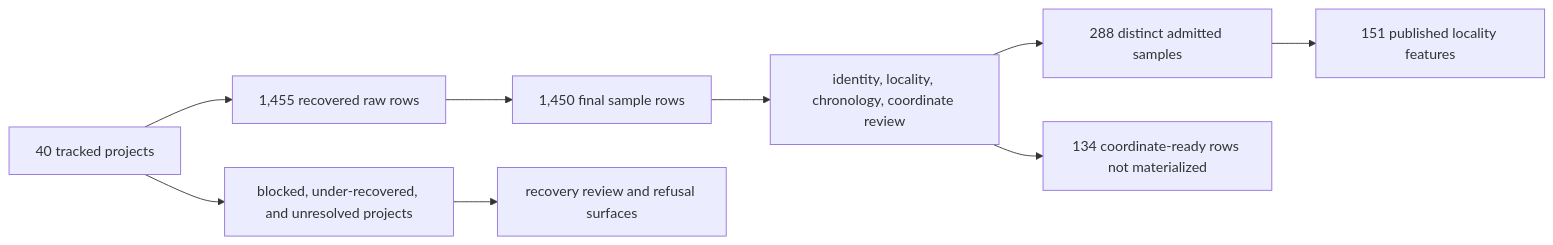
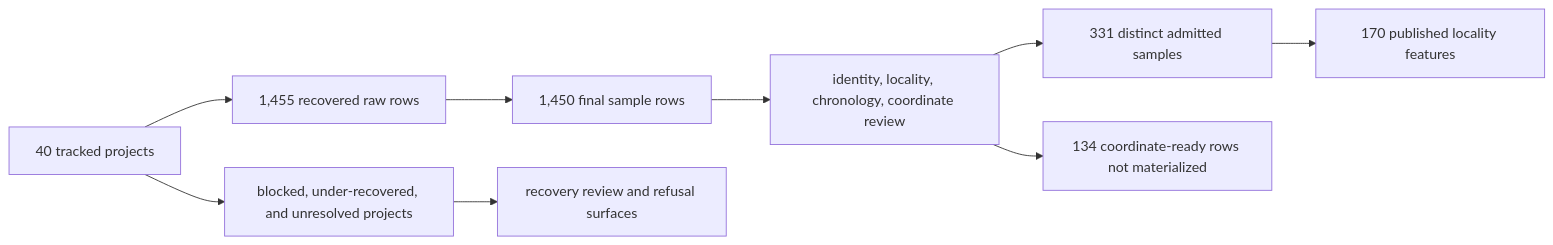
One commit to bijux/bijux-pollenomics changed the third of 4 diagrams in docs/public/pollenomics-data/overview/animal-ancient-dna-evidence.md. Above: the diagram before and after it, drawn with Mermaid. The commit also changed other lines of this file and 23 other files, not shown here.

````diff
--- a/docs/public/pollenomics-data/overview/animal-ancient-dna-evidence.md
+++ b/docs/public/pollenomics-data/overview/animal-ancient-dna-evidence.md
@@ -130,11 +130,11 @@
 ```mermaid
 flowchart LR
     Inventory["40 tracked projects"] --> Recovery["1,455 recovered raw rows"]
     Recovery --> Foundation["1,450 final sample rows"]
     Foundation --> Review["identity, locality, chronology, coordinate review"]
-    Review --> Samples["288 distinct admitted samples"]
-    Samples --> Points["151 published locality features"]
+    Review --> Samples["331 distinct admitted samples"]
+    Samples --> Points["170 published locality features"]
     Review --> Excluded["134 coordinate-ready rows not materialized"]
     Inventory --> Gaps["blocked, under-recovered, and unresolved projects"]
     Gaps --> Accountability["recovery review and refusal surfaces"]
 ```
````
